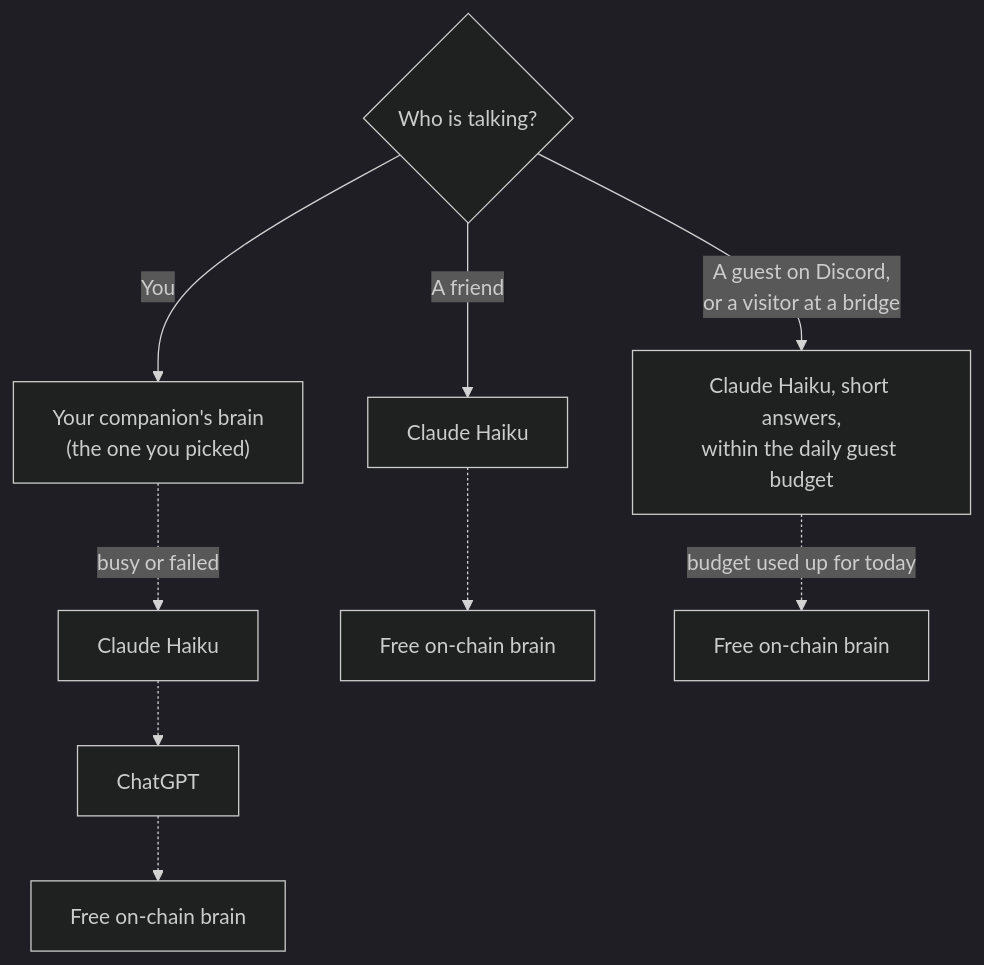
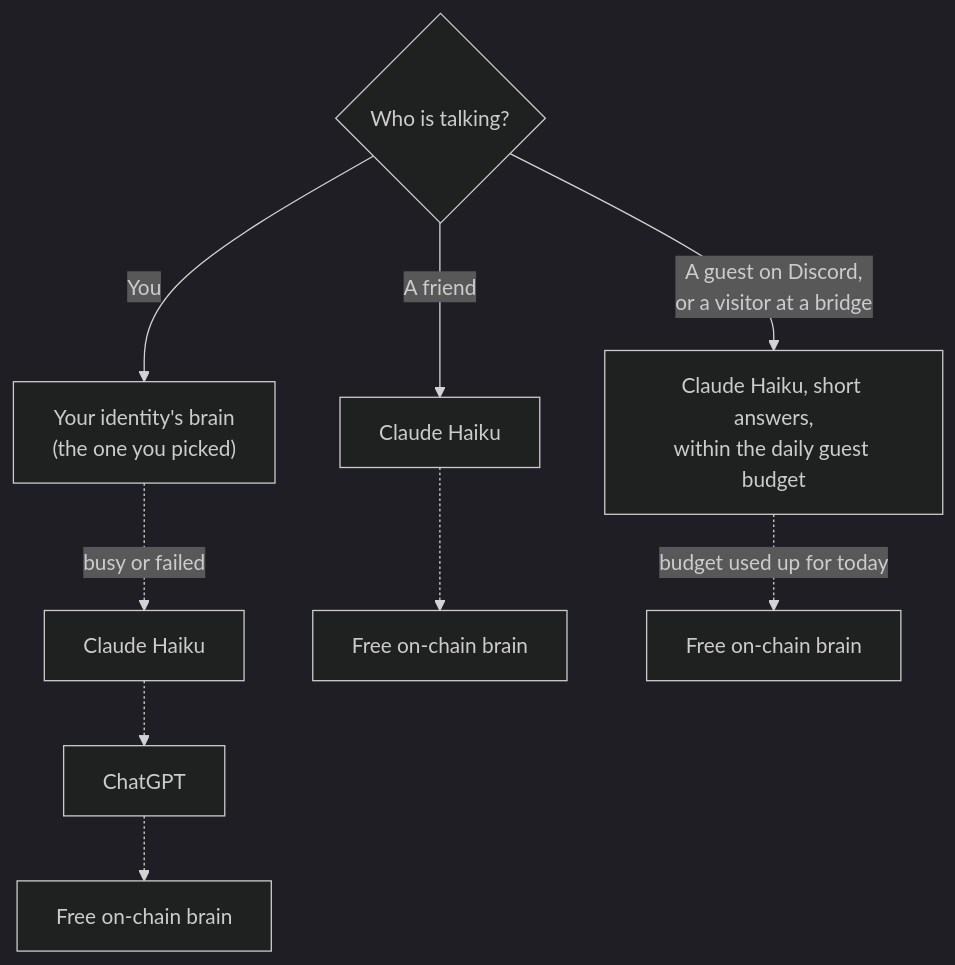
The ninth of 9 diagrams in docs/NETWORK.md (Smugandcomfy/waifu-ai-desktop), drawn with Mermaid (dark theme) before and after one commit. The commit also changed other lines of this file and 14 other files, not shown here.

Commit message:
Docs say identity, as the app does (owner, 19 Nov): companion → identity throughout; Hologram Companion and the Public companion role keep their names; file names and anchors unchanged

````diff
--- a/docs/NETWORK.md
+++ b/docs/NETWORK.md
@@ -272,8 +272,8 @@
 ```mermaid
 flowchart TD
-    Q{"Who is talking?"} -- "You" --> O1["Your companion's brain<br/>(the one you picked)"]
+    Q{"Who is talking?"} -- "You" --> O1["Your identity's brain<br/>(the one you picked)"]
     O1 -. "busy or failed" .-> O2["Claude Haiku"] -.-> O3["ChatGPT"] -.-> O4["Free on-chain brain"]
     Q -- "A friend" --> F1["Claude Haiku"] -.-> F2["Free on-chain brain"]
     Q -- "A guest on Discord,<br/>or a visitor at a bridge" --> G1["Claude Haiku, short answers,<br/>within the daily guest budget"]
     G1 -. "budget used up for today" .-> G2["Free on-chain brain"]
 ```
````
